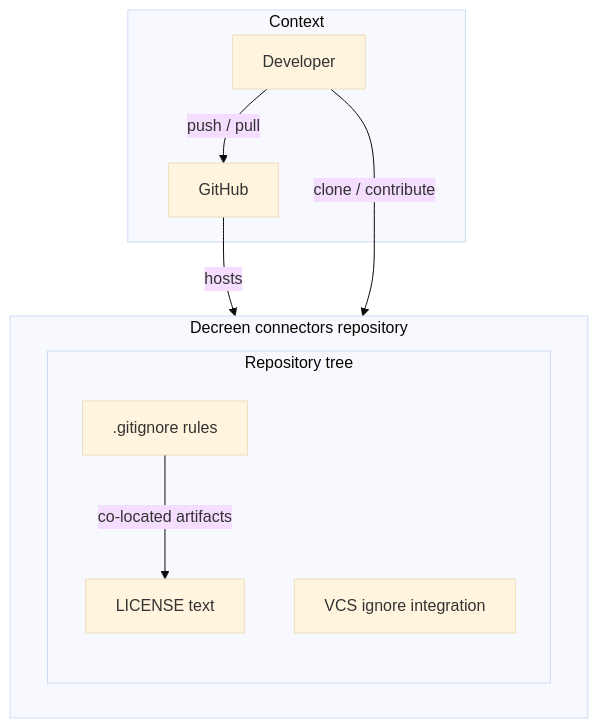
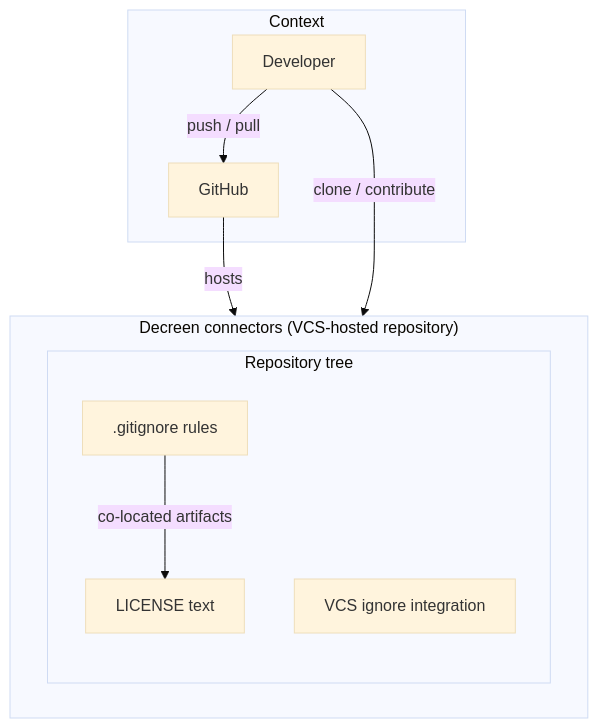
One commit to Decreen/decreen-connectors changed the diagram in docs/c4-live.mermaid.md. Above: the diagram before and after it, drawn with Mermaid (base theme). The commit also changed 3 other files, not shown here.

````diff
--- a/docs/c4-live.mermaid.md
+++ b/docs/c4-live.mermaid.md
@@ -3,19 +3,19 @@
 ```mermaid
 flowchart TB
   subgraph L1["Context"]
     actor_developer["Developer"]
     ext_github["GitHub"]
-    actor_developer -->|"push / pull"| ext_github
   end
-  subgraph sys_decreen_connectors["Decreen connectors repository"]
+  subgraph sys_decreen_connectors["Decreen connectors (VCS-hosted repository)"]
     subgraph container_repository_tree["Repository tree"]
       direction TB
       component_boundary_gitignore[".gitignore rules"]
       component_storage_license["LICENSE text"]
       component_integration_gitignore["VCS ignore integration"]
       component_boundary_gitignore -->|"co-located artifacts"| component_storage_license
     end
   end
+  actor_developer -->|"push / pull"| ext_github
   ext_github -->|"hosts"| sys_decreen_connectors
   actor_developer -->|"clone / contribute"| sys_decreen_connectors
 ```
````
